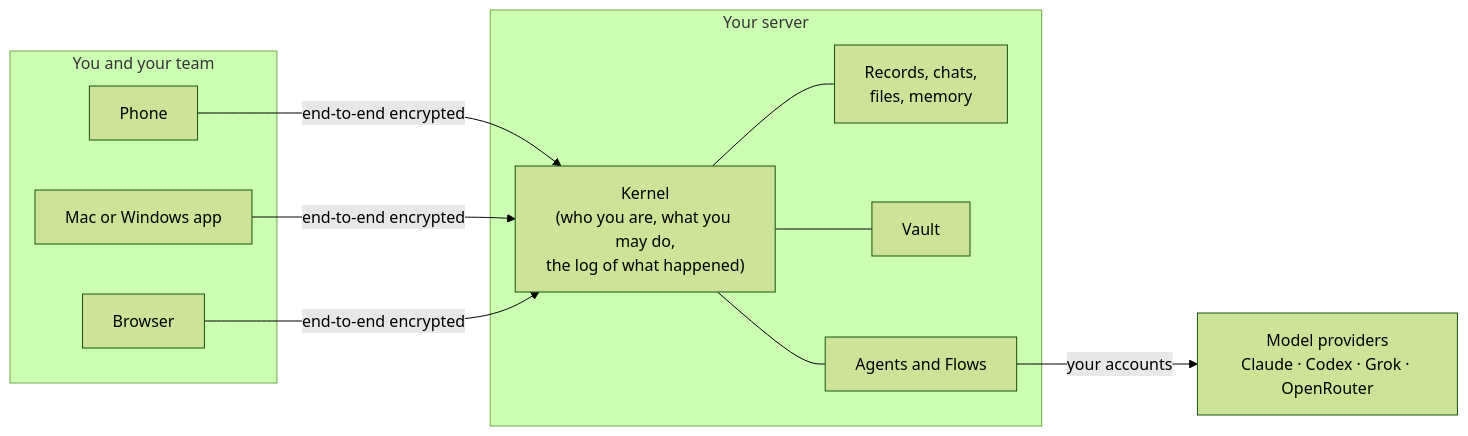
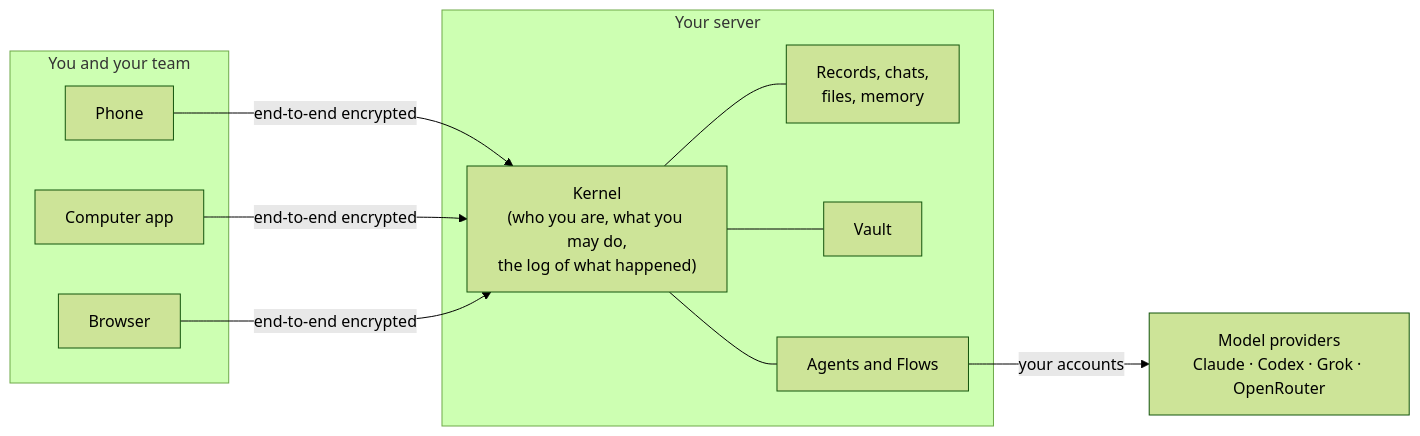
Before and after one commit to vyre-ai/vyre: the diagram in README.md, drawn with Mermaid (forest theme). The commit also changed other lines of this file and 43 other files, not shown here.

````diff
--- a/README.md
+++ b/README.md
@@ -71,20 +73,20 @@
 ```mermaid
 flowchart LR
   subgraph You["You and your team"]
     P["Phone"]
-    M["Mac or Windows app"]
+    M["Computer app"]
     W["Browser"]
   end
   subgraph Server["Your server"]
     K["Kernel<br/>(who you are, what you may do,<br/>the log of what happened)"]
     R["Records, chats,<br/>files, memory"]
     V["Vault"]
     A["Agents and Flows"]
   end
   L["Model providers<br/>Claude · Codex · Grok · OpenRouter"]
   P & M & W -- "end-to-end encrypted" --> K
   K --- R
   K --- V
   K --- A
   A -- "your accounts" --> L
 ```
````
